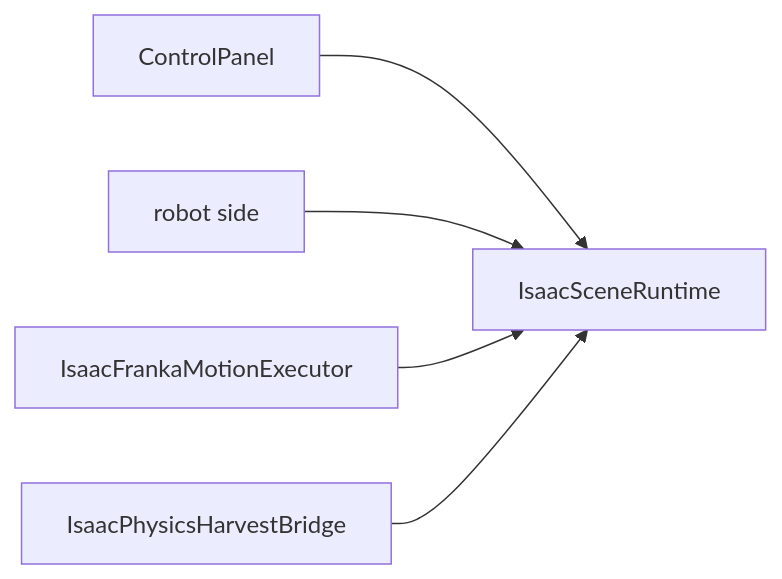
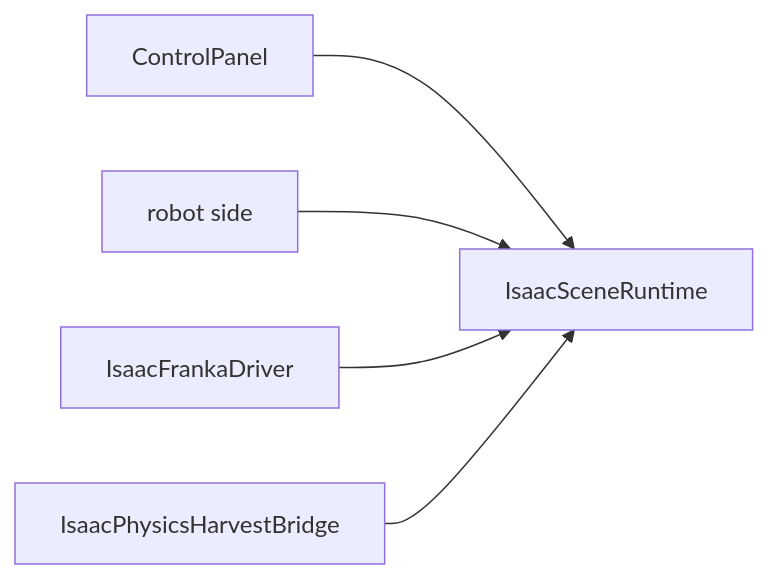
One commit to akodama428/trial_issac_sim changed the fifth of 5 diagrams in src/tomato_harvest_sim/simulator/README.md. Above: the diagram before and after it, drawn with Mermaid. The commit also changed other lines of this file and 18 other files, not shown here.

````diff
--- a/src/tomato_harvest_sim/simulator/README.md
+++ b/src/tomato_harvest_sim/simulator/README.md
@@ -255,13 +255,13 @@
 ```mermaid
 flowchart LR
   UI[ControlPanel]
   Scene[IsaacSceneRuntime]
-  Motion[IsaacFrankaMotionExecutor]
+  Driver[IsaacFrankaDriver]
   Physics[IsaacPhysicsHarvestBridge]
   Robot[robot side]
 
   UI --> Scene
   Robot --> Scene
-  Motion --> Scene
+  Driver --> Scene
   Physics --> Scene
 ```
````
